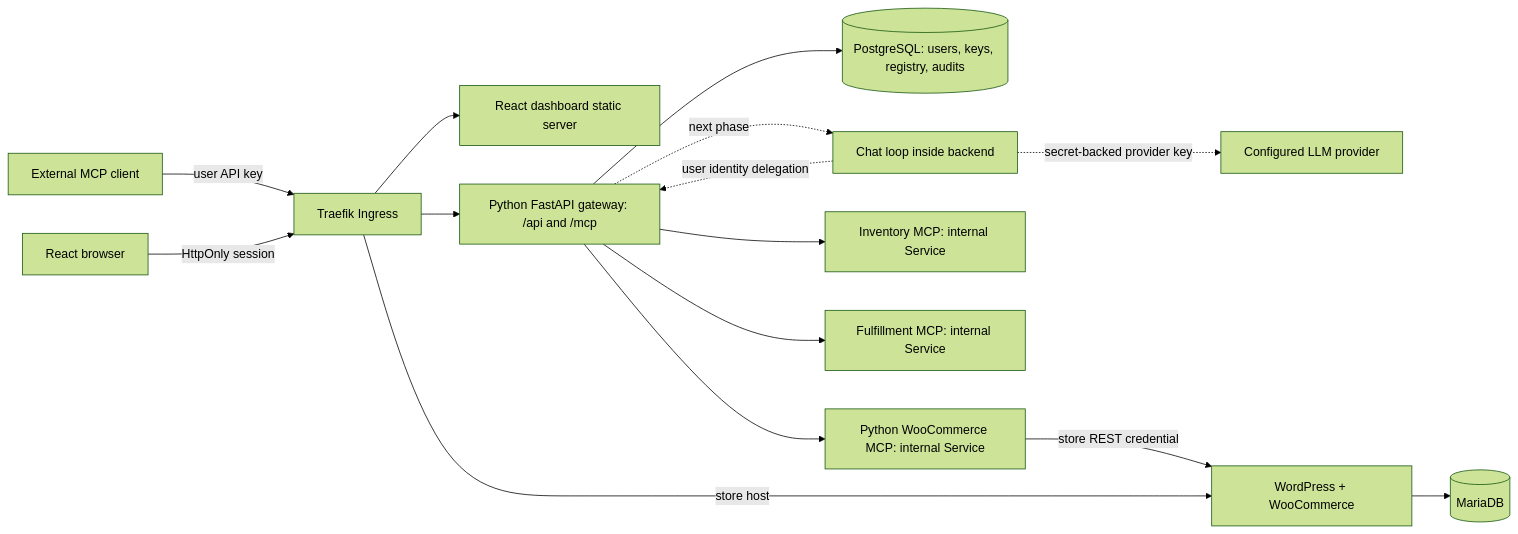
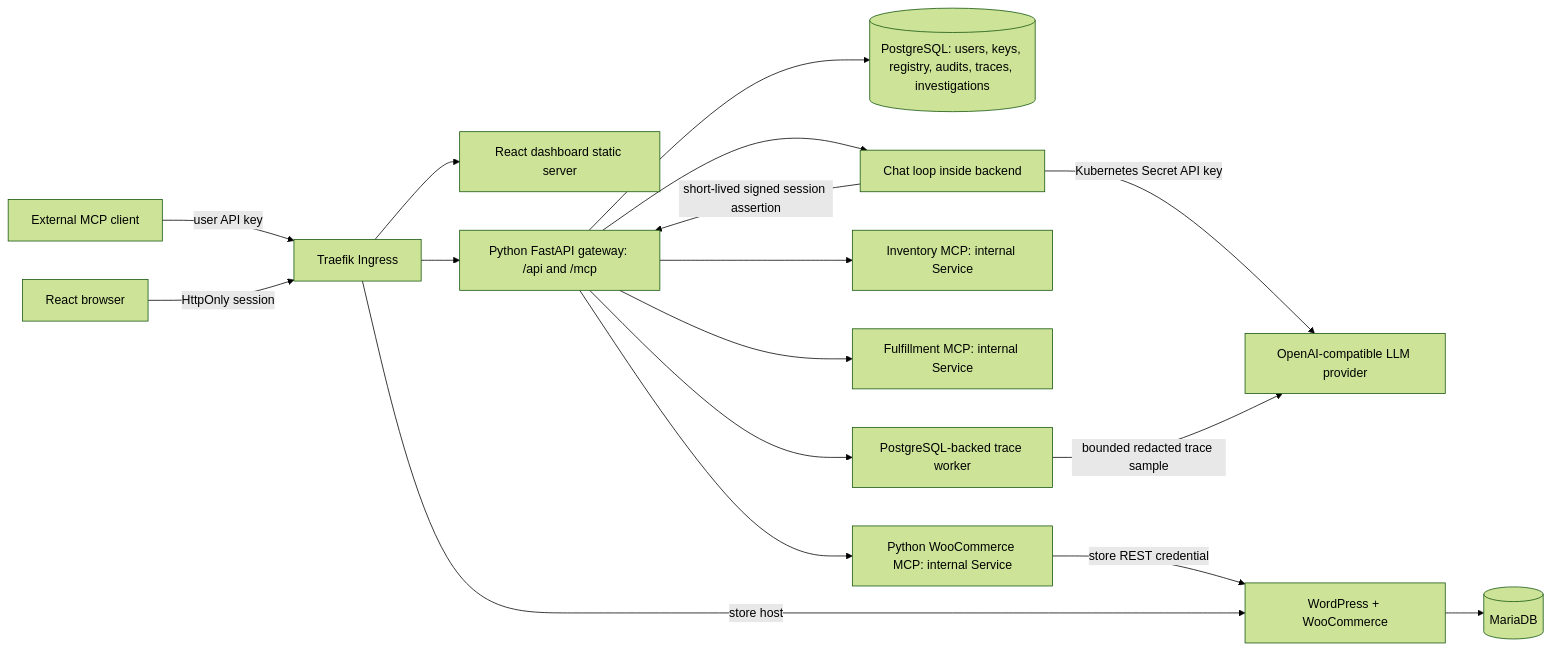
The diagram in docs/architecture.md (prem-cre/urumi-mcp-gateway), drawn with Mermaid (forest theme) before and after one commit. The commit also changed other lines of this file and 32 other files, not shown here.

Commit message:
feat: add backend chat tool loop, model/tool traces, explainable routing, and Lens-inspired investigations

````diff
--- a/docs/architecture.md
+++ b/docs/architecture.md
@@ -9,17 +9,19 @@
 ```mermaid
 flowchart LR
     Member[External MCP client] -->|user API key| Edge[Traefik Ingress]
     Browser[React browser] -->|HttpOnly session| Edge
     Edge --> Front[React dashboard static server]
     Edge --> Gateway[Python FastAPI gateway: /api and /mcp]
-    Gateway --> DB[(PostgreSQL: users, keys, registry, audits)]
+    Gateway --> DB[(PostgreSQL: users, keys, registry, audits, traces, investigations)]
     Gateway --> WooMCP[Python WooCommerce MCP: internal Service]
     Gateway --> Inventory[Inventory MCP: internal Service]
     Gateway --> Fulfillment[Fulfillment MCP: internal Service]
-    Gateway -. next phase .-> Chat[Chat loop inside backend]
-    Chat -. user identity delegation .-> Gateway
-    Chat -. secret-backed provider key .-> Model[Configured LLM provider]
+    Gateway --> Chat[Chat loop inside backend]
+    Gateway --> Investigations[PostgreSQL-backed trace worker]
+    Chat -->|short-lived signed session assertion| Gateway
+    Chat -->|Kubernetes Secret API key| Model[OpenAI-compatible LLM provider]
+    Investigations -->|bounded redacted trace sample| Model
     WooMCP -->|store REST credential| WP[WordPress + WooCommerce]
     Edge -->|store host| WP
     WP --> Maria[(MariaDB)]
 ```
````
